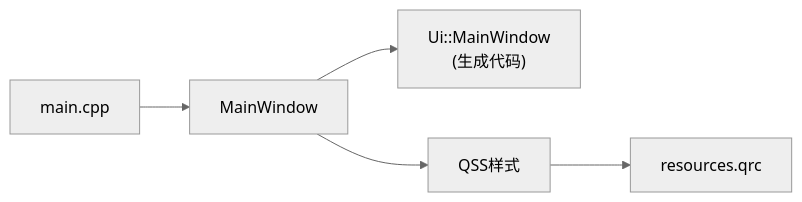
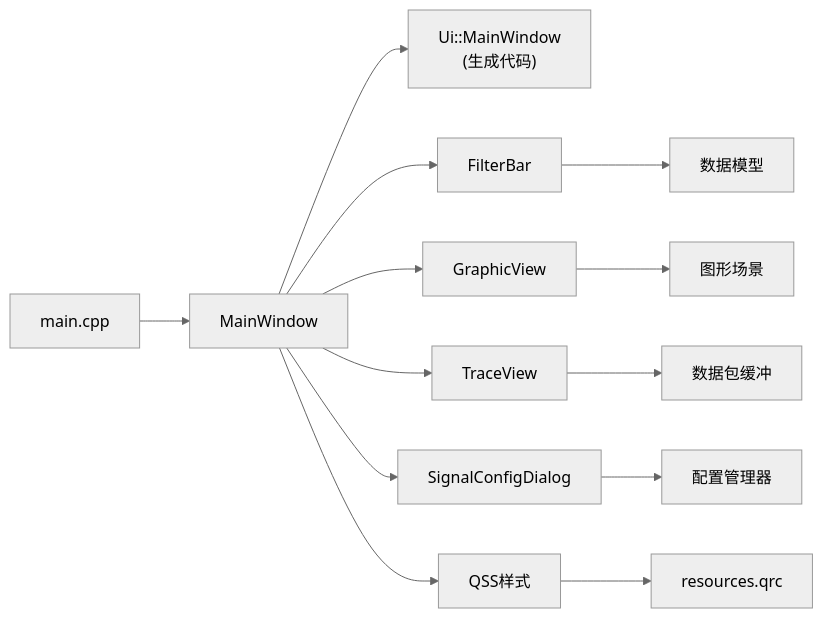
Before and after one commit to jakecai1225-design/OpenBus: diagram 11 of 11 in .qoder/repowiki/zh/content/架构设计/UI系统设计.md, drawn with Mermaid (neutral theme). The commit also changed other lines of this file and 31 other files, not shown here.

````diff
--- a/.qoder/repowiki/zh/content/架构设计/UI系统设计.md
+++ b/.qoder/repowiki/zh/content/架构设计/UI系统设计.md
@@ -316,7 +487,15 @@
 ```mermaid
 graph LR
 Main["main.cpp"] --> MW["MainWindow"]
 MW --> UI["Ui::MainWindow<br/>(生成代码)"]
+MW --> FB["FilterBar"]
+MW --> GV["GraphicView"]
+MW --> TV["TraceView"]
+MW --> SCD["SignalConfigDialog"]
 MW --> QSS["QSS样式"]
 QSS --> QRC["resources.qrc"]
+FB --> DataModel["数据模型"]
+GV --> GraphicsScene["图形场景"]
+TV --> PacketBuffer["数据包缓冲"]
+SCD --> ConfigManager["配置管理器"]
 ```
````
